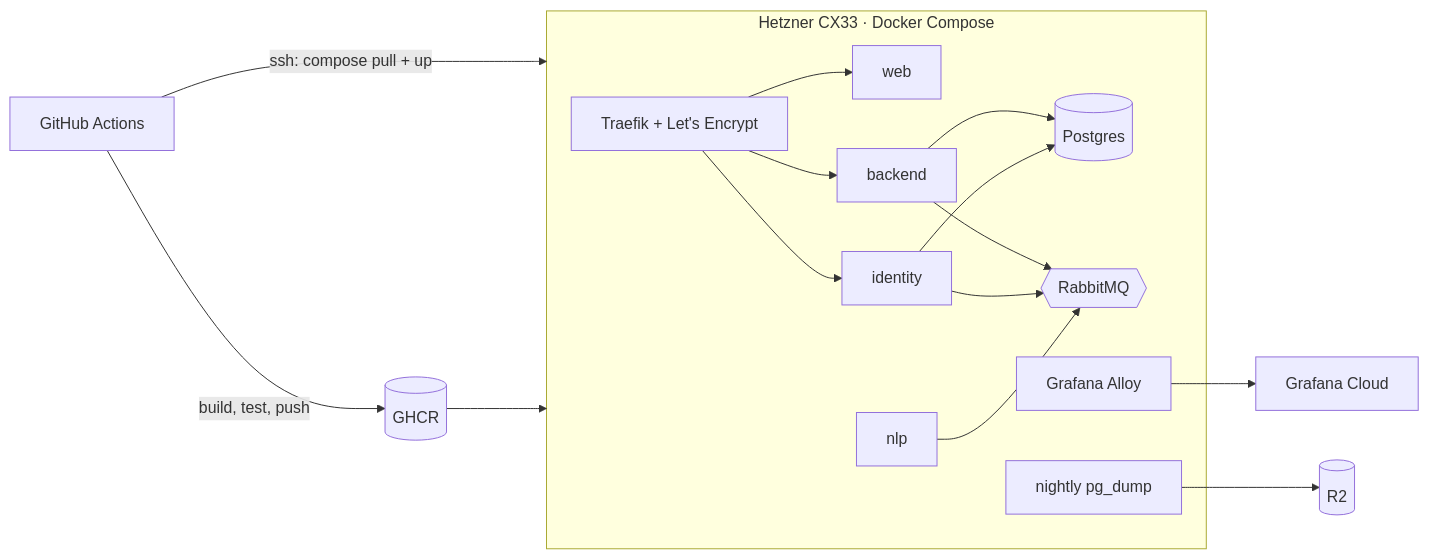
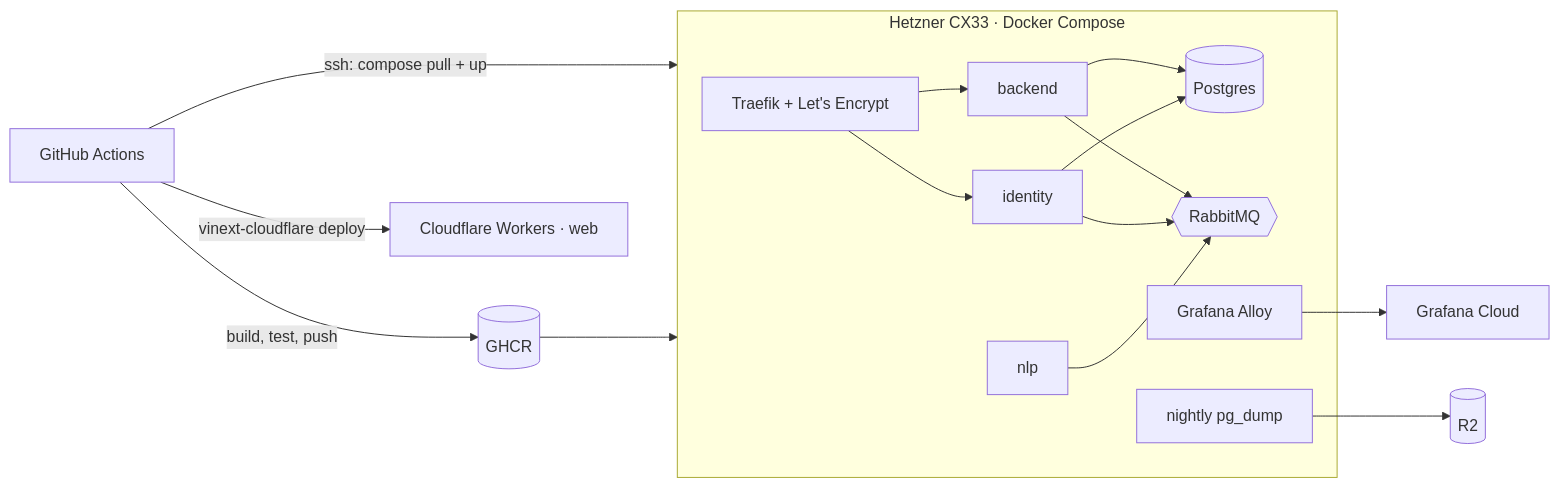
Before and after one commit to anasha447/lyric-sync-learning-platform: the seventh of 7 diagrams in docs/ARCHITECTURE.md, drawn with Mermaid. The commit also changed other lines of this file and 46 other files, not shown here.

Commit message:
feat(web): add the next.js on workers scaffold (#48)

````diff
--- a/docs/ARCHITECTURE.md
+++ b/docs/ARCHITECTURE.md
@@ -188,15 +190,16 @@
 ```mermaid
 flowchart LR
     gh[GitHub Actions] -->|build, test, push| ghcr[(GHCR)]
     gh -->|ssh: compose pull + up| vps
     subgraph vps [Hetzner CX33 · Docker Compose]
-        traefik[Traefik + Let's Encrypt] --> web & backend & identity
+        traefik[Traefik + Let's Encrypt] --> backend & identity
         backend & identity --> pg[(Postgres)]
         backend & identity & nlp --> mq{{RabbitMQ}}
         alloy[Grafana Alloy]
         backup[nightly pg_dump]
     end
     ghcr --> vps
     alloy --> grafana[Grafana Cloud]
+    gh -->|vinext-cloudflare deploy| workers[Cloudflare Workers · web]
     backup --> r2[(R2)]
 ```
````
